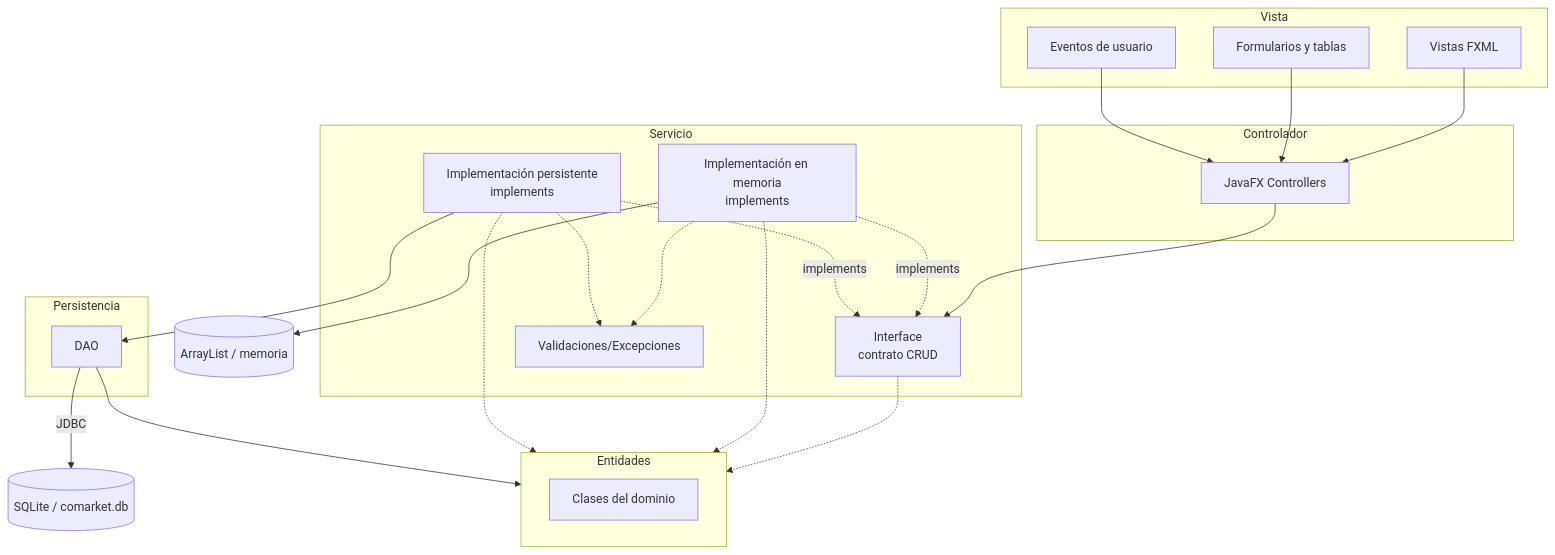
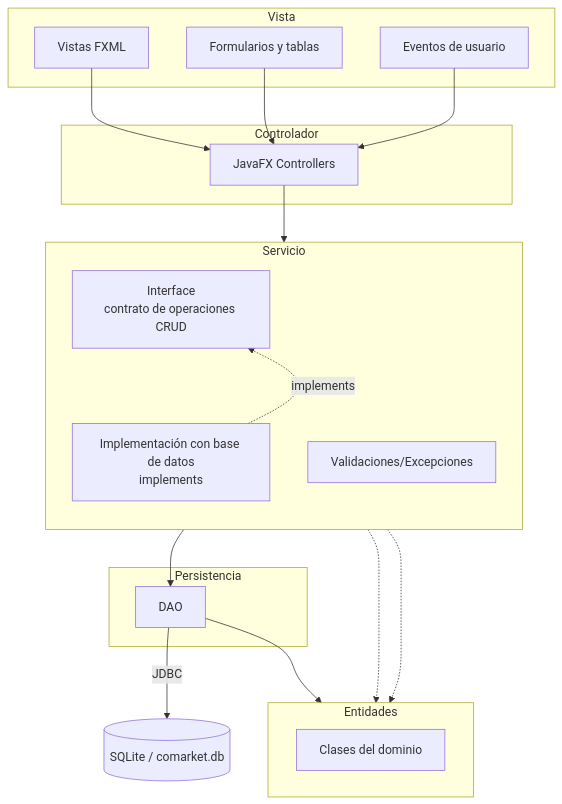
One commit to 262poo/comarket changed the second of 3 diagrams in docs/index.md. Above: the diagram before and after it, drawn with Mermaid. The commit also changed other lines of this file and 7 other files, not shown here.

````diff
--- a/docs/index.md
+++ b/docs/index.md
@@ -124,46 +124,41 @@
 ```mermaid
 flowchart TB
     subgraph View["Vista"]
         FXML["Vistas FXML"]
         Formularios["Formularios y tablas"]
         Eventos["Eventos de usuario"]
     end
 
     subgraph Controller["Controlador"]
         Controllers["JavaFX Controllers"]
     end
 
     subgraph Service["Servicio"]
-        ServiceInterface["Interface<br/>contrato CRUD"]
-        ServiceMemoryImpl["Implementación en memoria<br/>implements"]
-        ServiceDbImpl["Implementación persistente<br/>implements"]
+        direction TB
+        ServiceInterface["Interface<br/>contrato de operaciones CRUD"]
+        ServiceDbImpl["Implementación con base de datos<br/>implements"]
         ServiceValidation["Validaciones/Excepciones"]
     end
 
     subgraph Entities["Entidades"]
         EntityNode["Clases del dominio"]
     end
 
     subgraph Persistence["Persistencia"]
         DAO["DAO"]
     end
 
-    MemoryStore[("ArrayList / memoria")]
     SQLite[("SQLite / comarket.db")]
 
     FXML --> Controllers
     Formularios --> Controllers
     Eventos --> Controllers
     Controllers --> ServiceInterface
-    ServiceMemoryImpl -. implements .-> ServiceInterface
+    ServiceInterface ~~~ ServiceDbImpl
     ServiceDbImpl -. implements .-> ServiceInterface
     ServiceInterface -.-> Entities
-    ServiceMemoryImpl -.-> Entities
     ServiceDbImpl -.-> Entities
-    ServiceMemoryImpl --> MemoryStore
     ServiceDbImpl --> DAO
-    ServiceMemoryImpl -.-> ServiceValidation
-    ServiceDbImpl -.-> ServiceValidation
     DAO --> Entities
     DAO -->|"JDBC"| SQLite
 ```
````
